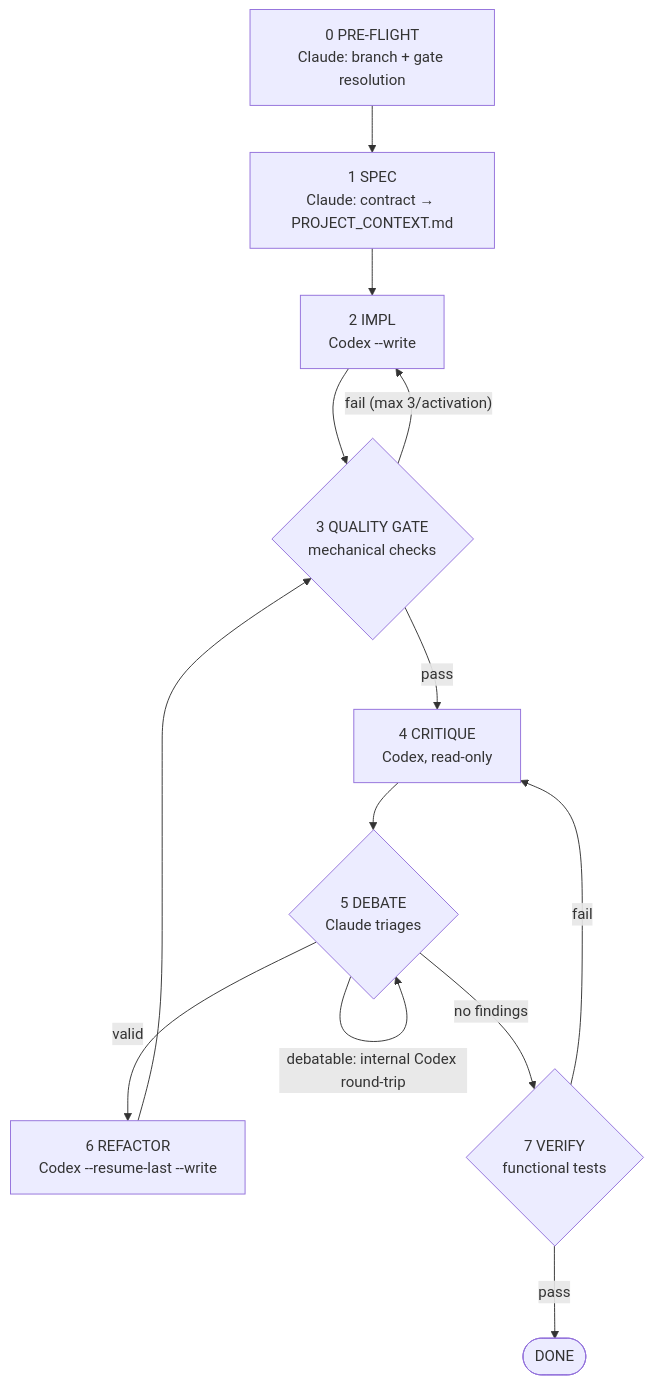
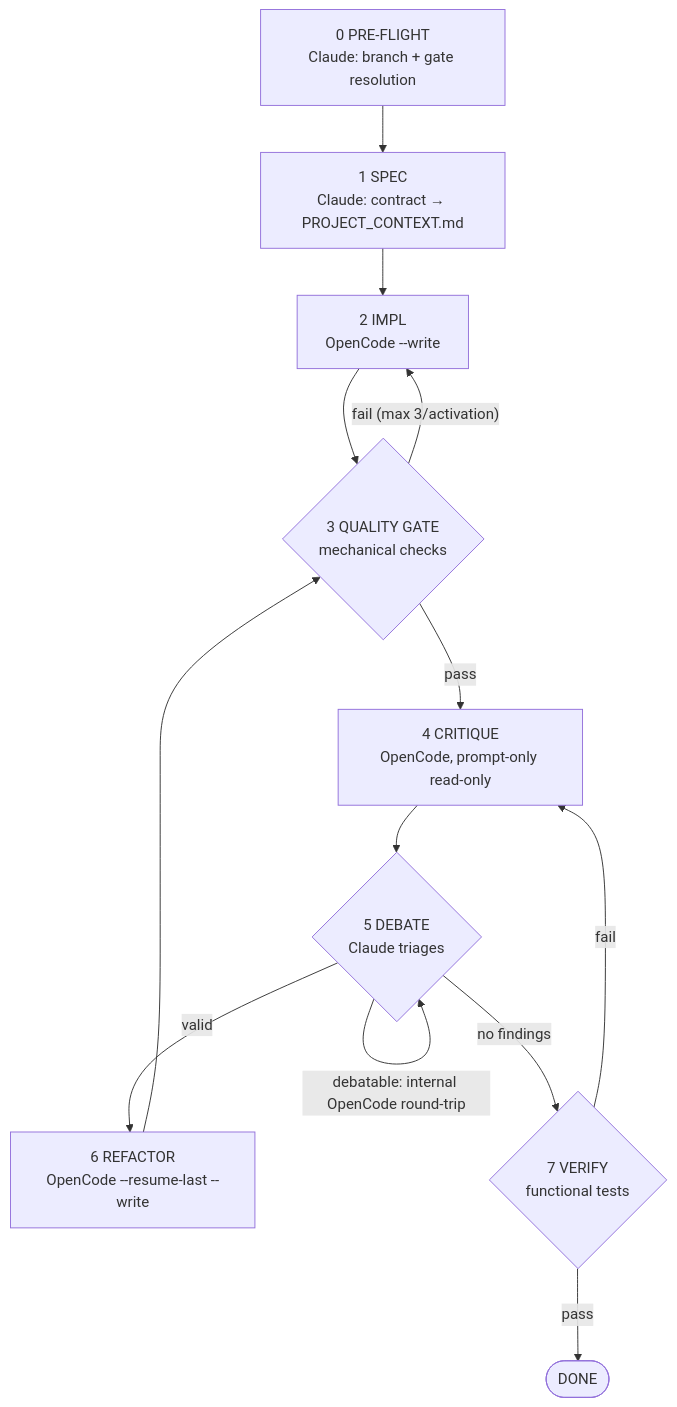
Before and after one commit to PhongLee1210/setup-graph-knowledge-project: the first of 2 diagrams in README.md, drawn with Mermaid. The commit also changed other lines of this file and 6 other files, not shown here.

Commit message:
feat: switch graph-engineer default backend from Codex to OpenCode

````diff
--- a/README.md
+++ b/README.md
@@ -56,15 +67,15 @@
 ```mermaid
 flowchart TD
     PF["0 PRE-FLIGHT<br/>Claude: branch + gate resolution"] --> SPEC["1 SPEC<br/>Claude: contract → PROJECT_CONTEXT.md"]
-    SPEC --> IMPL["2 IMPL<br/>Codex --write"]
+    SPEC --> IMPL["2 IMPL<br/>OpenCode --write"]
     IMPL --> QG{"3 QUALITY GATE<br/>mechanical checks"}
     QG -- "fail (max 3/activation)" --> IMPL
-    QG -- pass --> CRIT["4 CRITIQUE<br/>Codex, read-only"]
+    QG -- pass --> CRIT["4 CRITIQUE<br/>OpenCode, prompt-only read-only"]
     CRIT --> DEBATE{"5 DEBATE<br/>Claude triages"}
-    DEBATE -- valid --> REFACTOR["6 REFACTOR<br/>Codex --resume-last --write"]
-    DEBATE -- "debatable: internal Codex round-trip" --> DEBATE
+    DEBATE -- valid --> REFACTOR["6 REFACTOR<br/>OpenCode --resume-last --write"]
+    DEBATE -- "debatable: internal OpenCode round-trip" --> DEBATE
     REFACTOR --> QG
     DEBATE -- "no findings" --> VERIFY{"7 VERIFY<br/>functional tests"}
     VERIFY -- fail --> CRIT
     VERIFY -- pass --> DONE(["DONE"])
 ```
````
